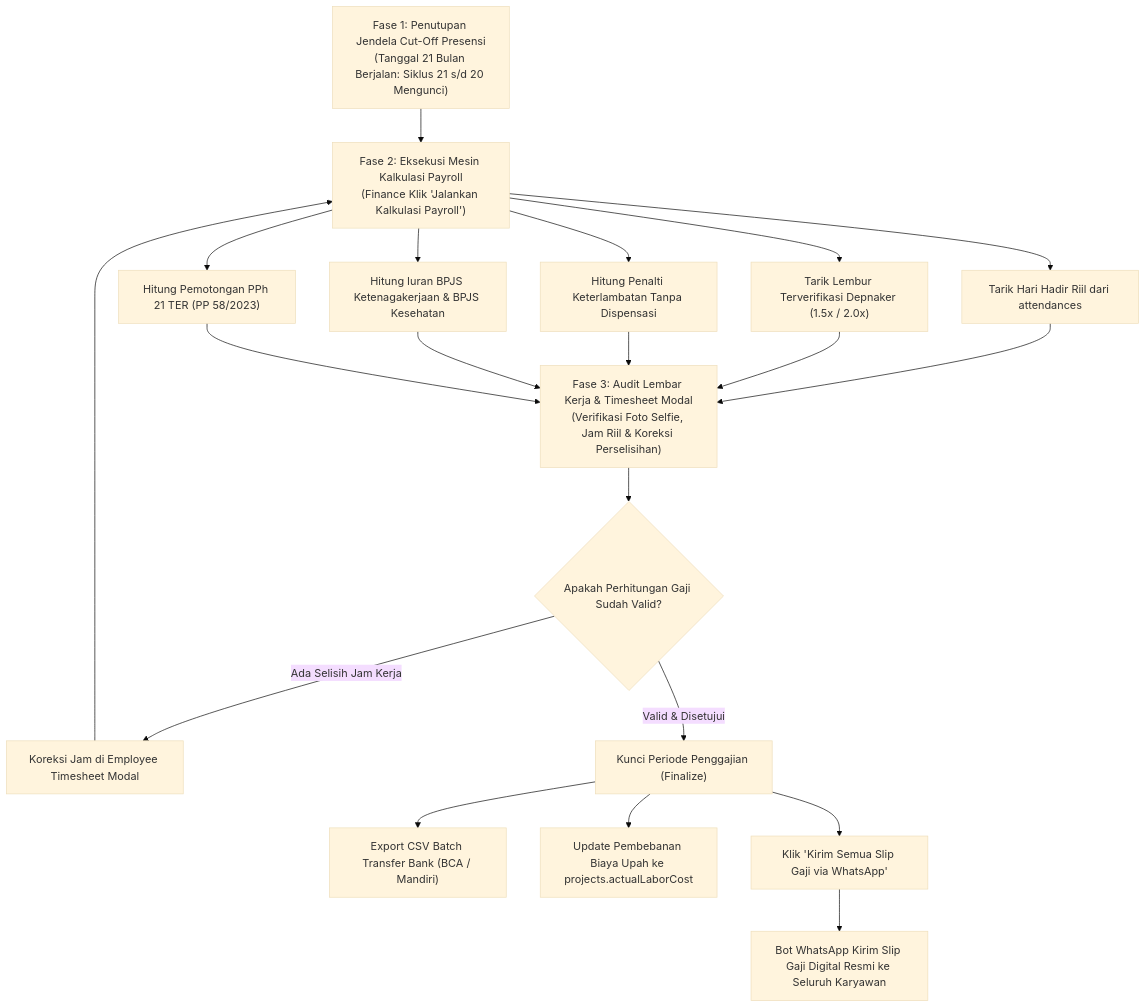
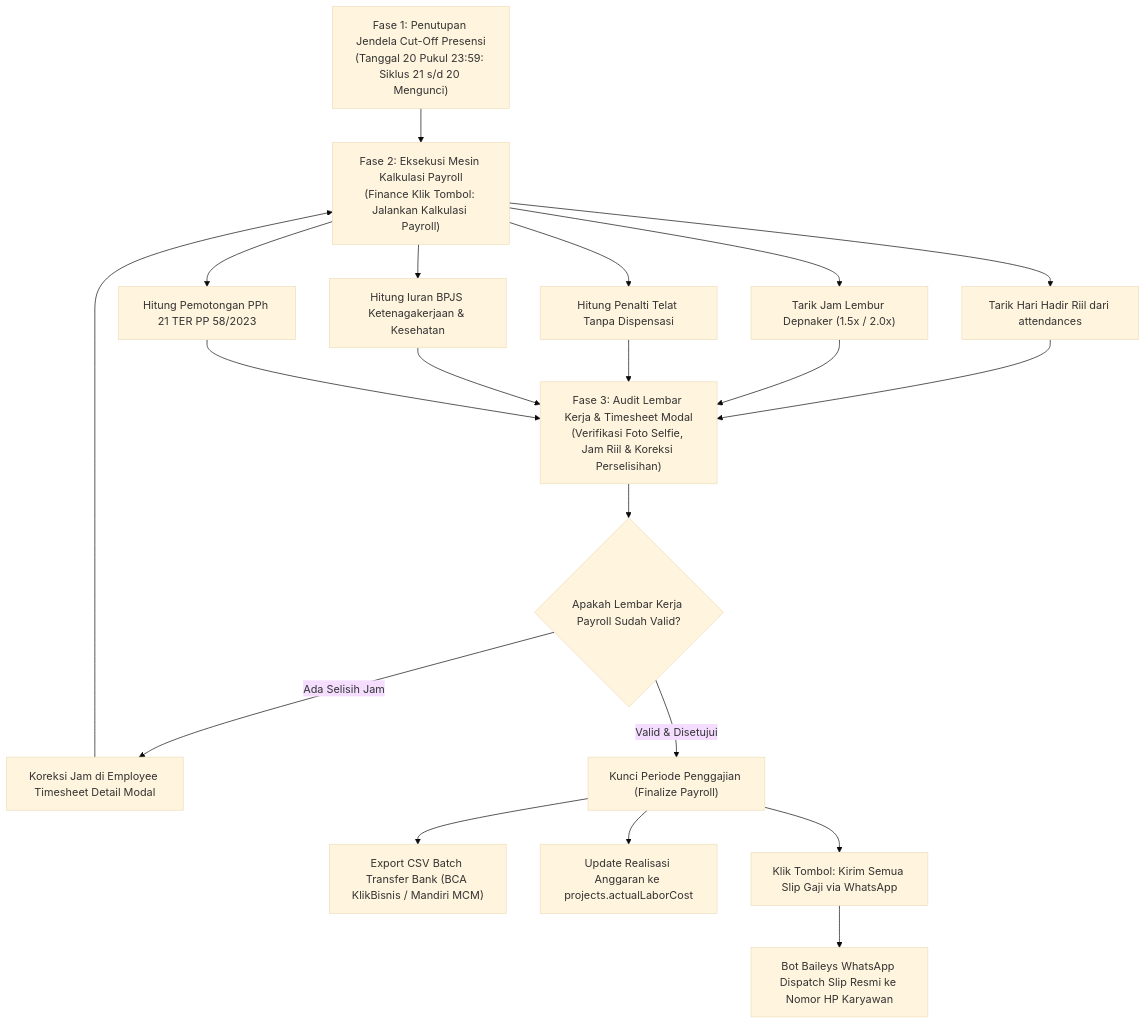
One commit to PrimeFox59/dmj-hris changed the fifth of 5 diagrams in docs/BUKU_PANDUAN_PENGGUNAAN_PRIME_HRIS.md. Above: the diagram before and after it, drawn with Mermaid (base theme). The commit also changed other lines of this file and 1 other file, not shown here.

Commit message:
docs(manual): generate and deploy full enterprise markdown manual with rea attendance flow

````diff
--- a/docs/BUKU_PANDUAN_PENGGUNAAN_PRIME_HRIS.md
+++ b/docs/BUKU_PANDUAN_PENGGUNAAN_PRIME_HRIS.md
@@ -572,25 +523,19 @@
 ```mermaid
 flowchart TD
-    P1["Fase 1: Penutupan Jendela Cut-Off Presensi<br/>(Tanggal 21 Bulan Berjalan: Siklus 21 s/d 20 Mengunci)"]
-    P1 --> P2["Fase 2: Eksekusi Mesin Kalkulasi Payroll<br/>(Finance Klik 'Jalankan Kalkulasi Payroll')"]
-    
+    P1["Fase 1: Penutupan Jendela Cut-Off Presensi<br/>(Tanggal 20 Pukul 23:59: Siklus 21 s/d 20 Mengunci)"]
+    P1 --> P2["Fase 2: Eksekusi Mesin Kalkulasi Payroll<br/>(Finance Klik Tombol: Jalankan Kalkulasi Payroll)"]
     P2 --> P3["Tarik Hari Hadir Riil dari attendances"]
-    P2 --> P4["Tarik Lembur Terverifikasi Depnaker (1.5x / 2.0x)"]
-    P2 --> P5["Hitung Penalti Keterlambatan Tanpa Dispensasi"]
-    P2 --> P6["Hitung Iuran BPJS Ketenagakerjaan & BPJS Kesehatan"]
-    P2 --> P7["Hitung Pemotongan PPh 21 TER (PP 58/2023)"]
-    
+    P2 --> P4["Tarik Jam Lembur Depnaker (1.5x / 2.0x)"]
+    P2 --> P5["Hitung Penalti Telat Tanpa Dispensasi"]
+    P2 --> P6["Hitung Iuran BPJS Ketenagakerjaan & Kesehatan"]
+    P2 --> P7["Hitung Pemotongan PPh 21 TER PP 58/2023"]
     P3 & P4 & P5 & P6 & P7 --> P8["Fase 3: Audit Lembar Kerja & Timesheet Modal<br/>(Verifikasi Foto Selfie, Jam Riil & Koreksi Perselisihan)"]
-    
-    P8 --> P9{"Apakah Perhitungan Gaji Sudah Valid?"}
-    P9 -->|"Ada Selisih Jam Kerja"| P10["Koreksi Jam di Employee Timesheet Modal"]
+    P8 --> P9{"Apakah Lembar Kerja Payroll Sudah Valid?"}
+    P9 -->|"Ada Selisih Jam"| P10["Koreksi Jam di Employee Timesheet Detail Modal"]
     P10 --> P2
-    
-    P9 -->|"Valid & Disetujui"| P11["Kunci Periode Penggajian (Finalize)"]
-    
-    P11 --> P12["Export CSV Batch Transfer Bank (BCA / Mandiri)"]
-    P11 --> P13["Update Pembebanan Biaya Upah ke projects.actualLaborCost"]
-    P11 --> P14["Klik 'Kirim Semua Slip Gaji via WhatsApp'"]
-    
-    P14 --> P15["Bot WhatsApp Kirim Slip Gaji Digital Resmi ke Seluruh Karyawan"]
+    P9 -->|"Valid & Disetujui"| P11["Kunci Periode Penggajian (Finalize Payroll)"]
+    P11 --> P12["Export CSV Batch Transfer Bank (BCA KlikBisnis / Mandiri MCM)"]
+    P11 --> P13["Update Realisasi Anggaran ke projects.actualLaborCost"]
+    P11 --> P14["Klik Tombol: Kirim Semua Slip Gaji via WhatsApp"]
+    P14 --> P15["Bot Baileys WhatsApp Dispatch Slip Resmi ke Nomor HP Karyawan"]
 ```
````
